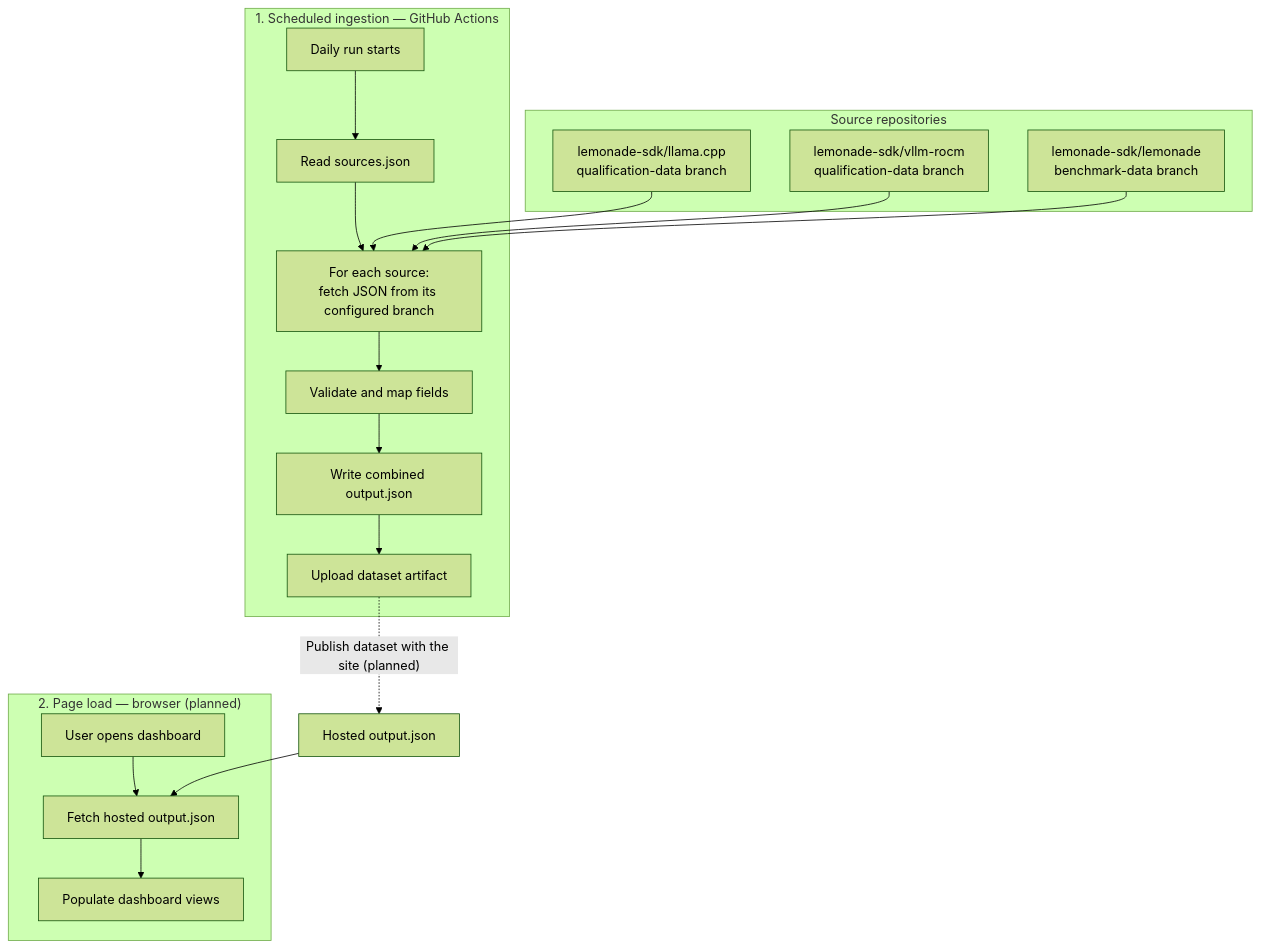
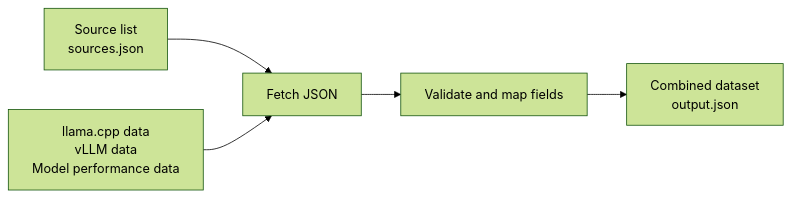
The first of 2 diagrams in docs/data-flow.md (lemonade-sdk/rocm-readiness), drawn with Mermaid (forest theme) before and after one commit. The commit also changed other lines of this file, not shown here.

Commit message:
Present ingestion and page loading as separate flows

````diff
--- a/docs/data-flow.md
+++ b/docs/data-flow.md
@@ -6,27 +15,7 @@
 ```mermaid
-flowchart TB
-    subgraph Ingestion["1. Scheduled ingestion — GitHub Actions"]
-        Start["Daily run starts"] --> Config["Read sources.json"]
-        Config --> Fetch["For each source:<br/>fetch JSON from its configured branch"]
-        Fetch --> Map["Validate and map fields"]
-        Map --> Output["Write combined output.json"]
-        Output --> Artifact["Upload dataset artifact"]
-    end
-
-    subgraph Repositories["Source repositories"]
-        Llama["lemonade-sdk/llama.cpp<br/>qualification-data branch"]
-        Vllm["lemonade-sdk/vllm-rocm<br/>qualification-data branch"]
-        Bench["lemonade-sdk/lemonade<br/>benchmark-data branch"]
-    end
-    Llama --> Fetch
-    Vllm --> Fetch
-    Bench --> Fetch
-
-    Artifact -. "Publish dataset with the site (planned)" .-> Hosted["Hosted output.json"]
-
-    subgraph Runtime["2. Page load — browser (planned)"]
-        Open["User opens dashboard"] --> Load["Fetch hosted output.json"]
-        Load --> Display["Populate dashboard views"]
-    end
-    Hosted --> Load
+flowchart LR
+    Config["Source list<br/>sources.json"] --> Fetch["Fetch JSON"]
+    Data["llama.cpp data<br/>vLLM data<br/>Model performance data"] --> Fetch
+    Fetch --> Map["Validate and map fields"]
+    Map --> Output["Combined dataset<br/>output.json"]
 ```
````
